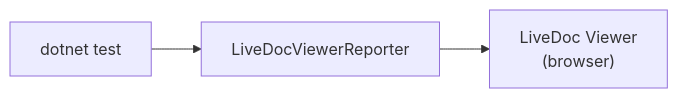
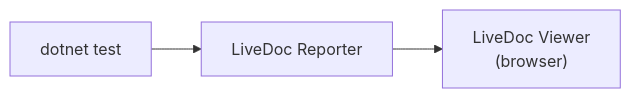
The diagram in docs/docs/xunit/guides/viewer-integration.mdx (dotnetprofessional/LiveDoc), drawn with Mermaid before and after one commit. The commit also changed other lines of this file and 11 other files, not shown here.

````diff
--- a/docs/docs/xunit/guides/viewer-integration.mdx
+++ b/docs/docs/xunit/guides/viewer-integration.mdx
@@ -28,4 +28,4 @@
 ```mermaid
 graph LR
-    DT["dotnet test"] --> Reporter["LiveDocViewerReporter"] --> Viewer["LiveDoc Viewer<br/>(browser)"]
+    DT["dotnet test"] --> Reporter["LiveDoc Reporter"] --> Viewer["LiveDoc Viewer<br/>(browser)"]
 ```
````
